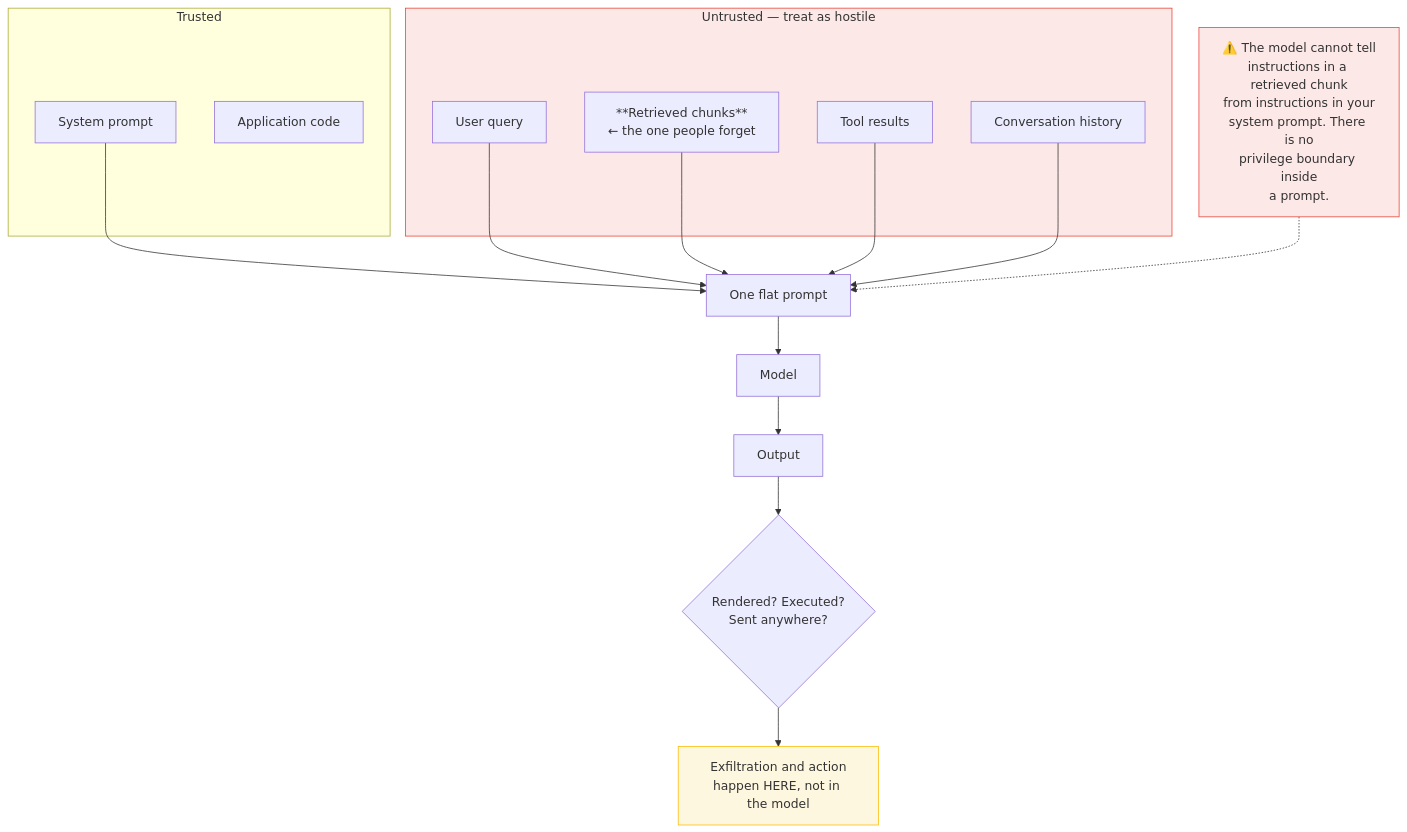
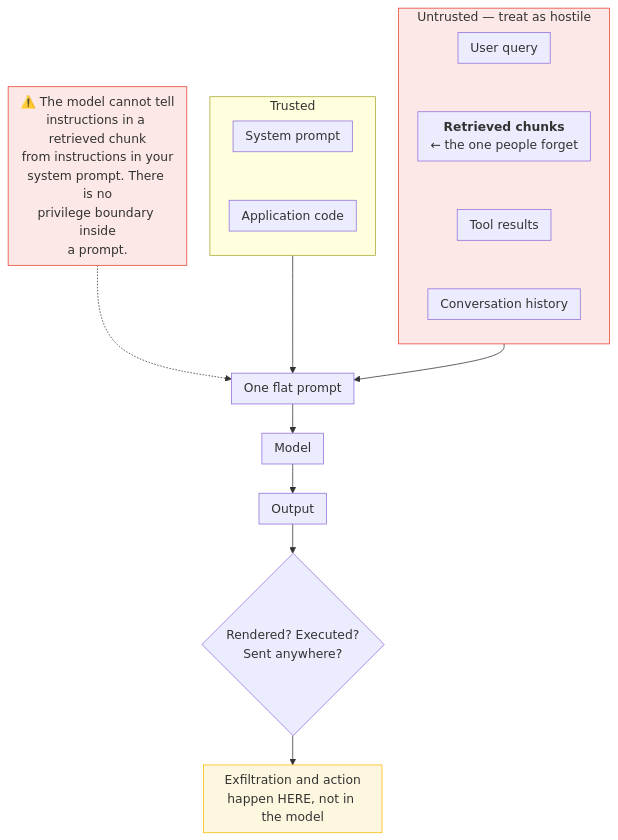
The first of 3 diagrams in rag/RAG_Security.adoc (fibaneza/public-tmp), drawn with Mermaid before and after one commit. The commit also changed other lines of this file and 19 other files, not shown here.

Commit message:
feat: add RAG observability guide, standardize mermaid diagrams, and update cross-references throughout documentation

```diff
--- a/rag/RAG_Security.adoc
+++ b/rag/RAG_Security.adoc
@@ -22,27 +22,33 @@
 [mermaid]
 ....
+%%{init: {"flowchart": {"nodeSpacing": 30, "rankSpacing": 38, "padding": 8}} }%%
 flowchart TB
     subgraph TRUSTED["Trusted"]
+        direction TB
         T1[System prompt]
         T2[Application code]
+        T1 ~~~ T2
     end
 
     subgraph UNTRUSTED["Untrusted — treat as hostile"]
+        direction TB
         U1[User query]
-        U2["**Retrieved chunks**<br/>← the one people forget"]
+        U2["<b>Retrieved chunks</b><br/>← the one people forget"]
         U3[Tool results]
         U4[Conversation history]
+        U1 ~~~ U2 ~~~ U3 ~~~ U4
     end
 
-    T1 & U1 & U2 & U3 & U4 --> P[One flat prompt]
+    TRUSTED --> P[One flat prompt]
+    UNTRUSTED --> P
     P --> M[Model]
 
     X["⚠️ The model cannot tell<br/>instructions in a retrieved chunk<br/>from instructions in your<br/>system prompt. There is no<br/>privilege boundary inside<br/>a prompt."] -.-> P
 
     M --> O[Output] --> R{Rendered? Executed?<br/>Sent anywhere?}
     R --> E["Exfiltration and action<br/>happen HERE, not in the model"]
 
     style UNTRUSTED fill:#fce8e6,stroke:#ea4335
     style X fill:#fce8e6,stroke:#ea4335
     style E fill:#fef7e0,stroke:#fbbc04
 ....
```
